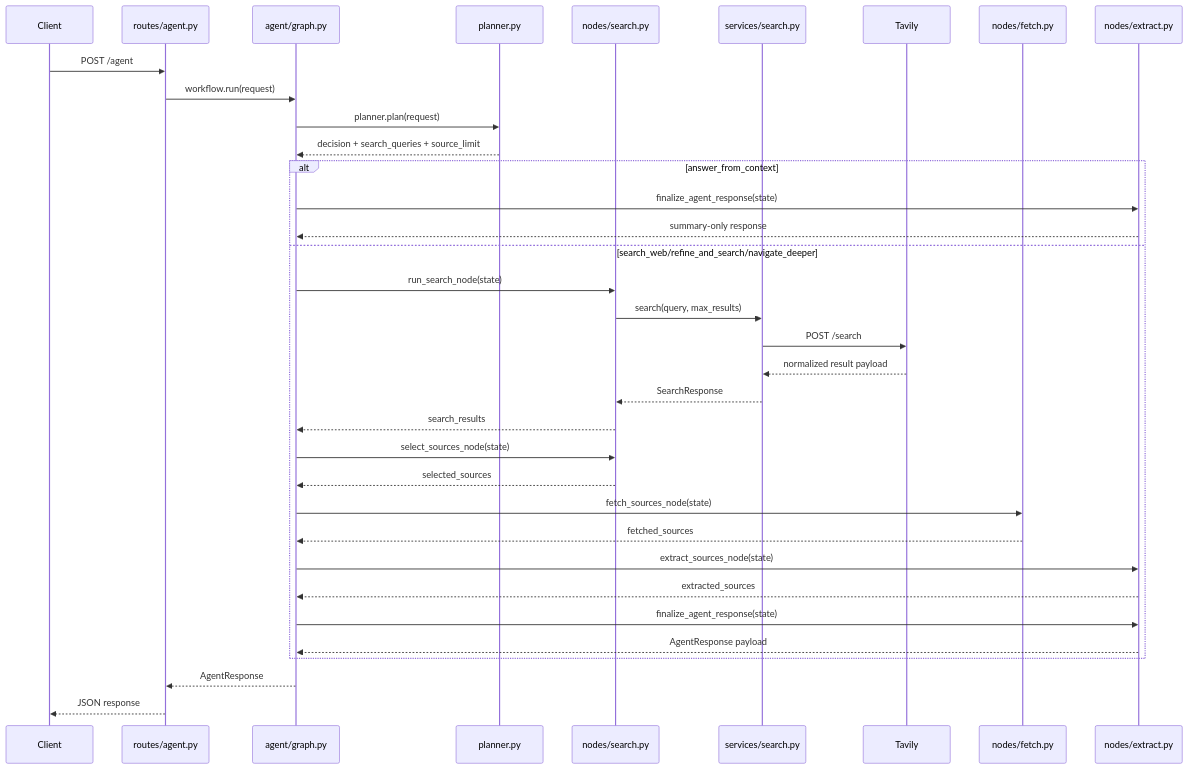
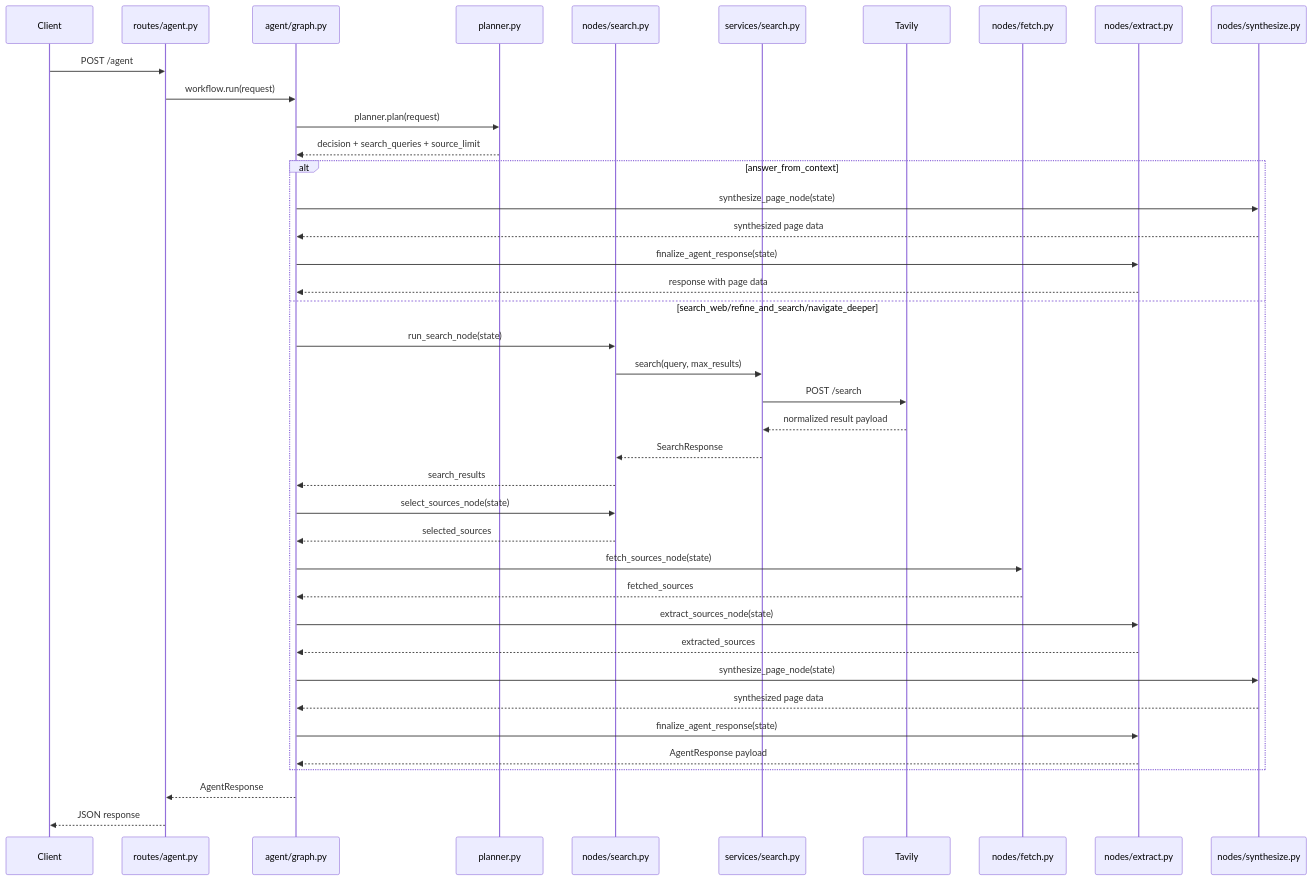
One commit to kunalchaturvedi/agentic-browser changed the second of 3 diagrams in docs/design.md. Above: the diagram before and after it, drawn with Mermaid. The commit also changed other lines of this file and 12 other files, not shown here.

````diff
--- a/docs/design.md
+++ b/docs/design.md
@@ -75,40 +75,45 @@
 ```mermaid
 sequenceDiagram
     participant U as Client
     participant R as routes/agent.py
     participant G as agent/graph.py
     participant P as planner.py
     participant S as nodes/search.py
     participant SS as services/search.py
     participant T as Tavily
     participant F as nodes/fetch.py
     participant E as nodes/extract.py
+    participant SYN as nodes/synthesize.py
 
     U->>R: POST /agent
     R->>G: workflow.run(request)
     G->>P: planner.plan(request)
     P-->>G: decision + search_queries + source_limit
 
     alt answer_from_context
+        G->>SYN: synthesize_page_node(state)
+        SYN-->>G: synthesized page data
         G->>E: finalize_agent_response(state)
-        E-->>G: summary-only response
+        E-->>G: response with page data
     else search_web/refine_and_search/navigate_deeper
         G->>S: run_search_node(state)
         S->>SS: search(query, max_results)
         SS->>T: POST /search
         T-->>SS: normalized result payload
         SS-->>S: SearchResponse
         S-->>G: search_results
         G->>S: select_sources_node(state)
         S-->>G: selected_sources
         G->>F: fetch_sources_node(state)
         F-->>G: fetched_sources
         G->>E: extract_sources_node(state)
         E-->>G: extracted_sources
+        G->>SYN: synthesize_page_node(state)
+        SYN-->>G: synthesized page data
         G->>E: finalize_agent_response(state)
         E-->>G: AgentResponse payload
     end
 
     G-->>R: AgentResponse
     R-->>U: JSON response
 ```
````
